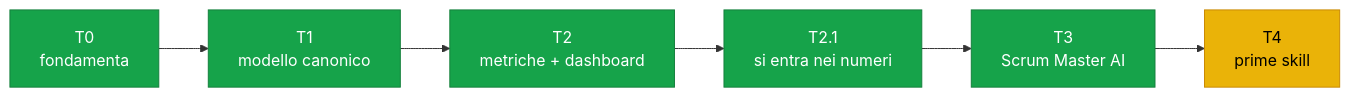
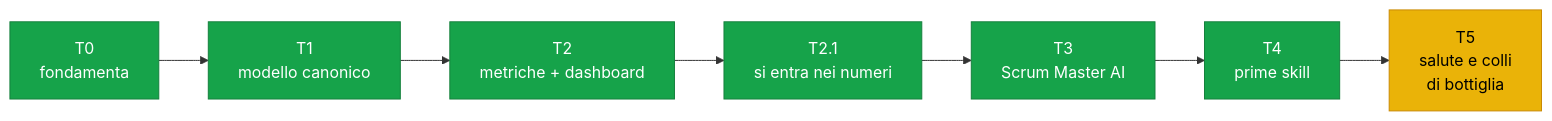
The third of 3 diagrams in docs/stato-progetto.md (dibari62/scrum-master-ai), drawn with Mermaid before and after one commit. The commit also changed other lines of this file and 13 other files, not shown here.

````diff
--- a/docs/stato-progetto.md
+++ b/docs/stato-progetto.md
@@ -127,14 +128,15 @@
 ```mermaid
 graph LR
     A["T0<br/>fondamenta"] --> B["T1<br/>modello canonico"]
     B --> C["T2<br/>metriche + dashboard"]
     C --> C1["T2.1<br/>si entra nei numeri"]
     C1 --> D["T3<br/>Scrum Master AI"]
     D --> E["T4<br/>prime skill"]
+    E --> F["T5<br/>salute e colli<br/>di bottiglia"]
 
     classDef fatto fill:#16a34a,stroke:#15803d,color:#fff
     classDef corso fill:#eab308,stroke:#ca8a04,color:#000
 
-    class A,B,C,C1,D fatto
-    class E corso
+    class A,B,C,C1,D,E fatto
+    class F corso
 ```
````
